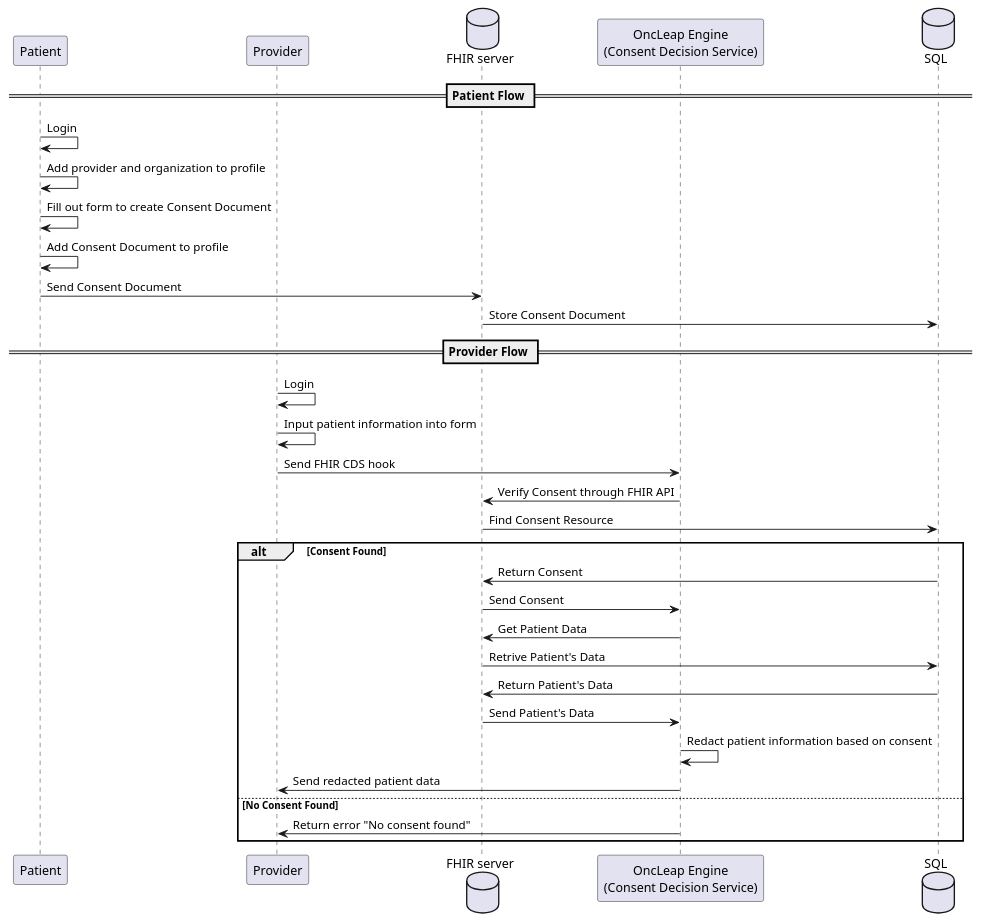
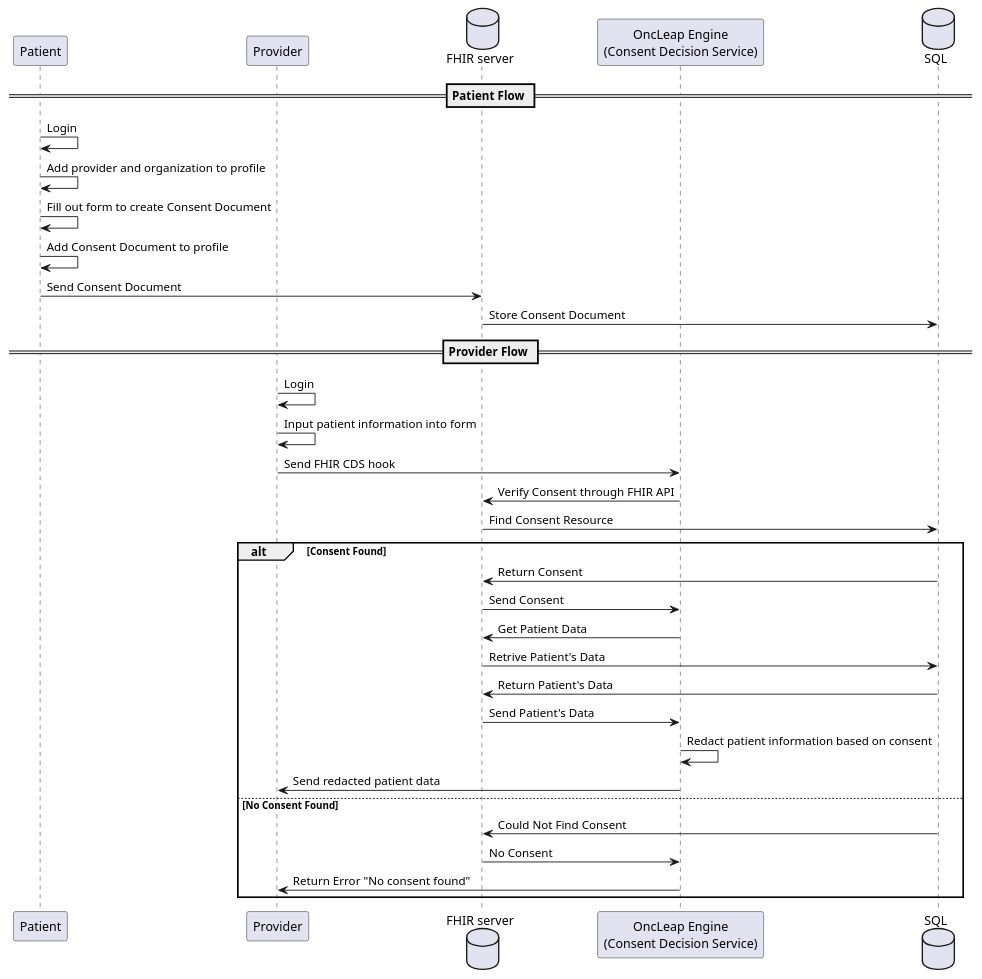
Before and after one commit to asushares/uml-diagrams: the diagram in src/sequence.plantuml, drawn with PlantUML.

Commit message:
update sequence

```diff
--- a/src/sequence.plantuml
+++ b/src/sequence.plantuml
@@ -1,34 +1,36 @@
 @startuml Sequence UML
 participant Patient
 participant Provider
 database "FHIR server" as FHIR
 participant "OncLeap Engine\n(Consent Decision Service)" as OncLeap
 database SQL
 
 == Patient Flow ==
 Patient -> Patient: Login
 Patient -> Patient: Add provider and organization to profile
 Patient -> Patient: Fill out form to create Consent Document
 Patient -> Patient: Add Consent Document to profile
 Patient -> FHIR: Send Consent Document
 FHIR -> SQL: Store Consent Document
 
 == Provider Flow ==
 Provider -> Provider: Login
 Provider -> Provider: Input patient information into form
 Provider -> OncLeap: Send FHIR CDS hook
 OncLeap -> FHIR: Verify Consent through FHIR API
 FHIR -> SQL: Find Consent Resource
 alt Consent Found
     SQL -> FHIR: Return Consent
     FHIR -> OncLeap: Send Consent
     OncLeap -> FHIR: Get Patient Data
     FHIR -> SQL: Retrive Patient's Data
     SQL -> FHIR: Return Patient's Data
     FHIR -> OncLeap: Send Patient's Data
     OncLeap -> OncLeap: Redact patient information based on consent
     OncLeap -> Provider: Send redacted patient data
 else No Consent Found
-    OncLeap -> Provider: Return error "No consent found"
+    SQL -> FHIR: Could Not Find Consent
+    FHIR -> OncLeap: No Consent
+    OncLeap -> Provider: Return Error "No consent found"
 end
 @enduml
```
